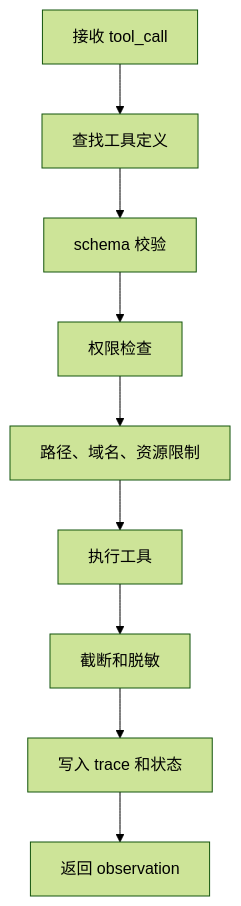
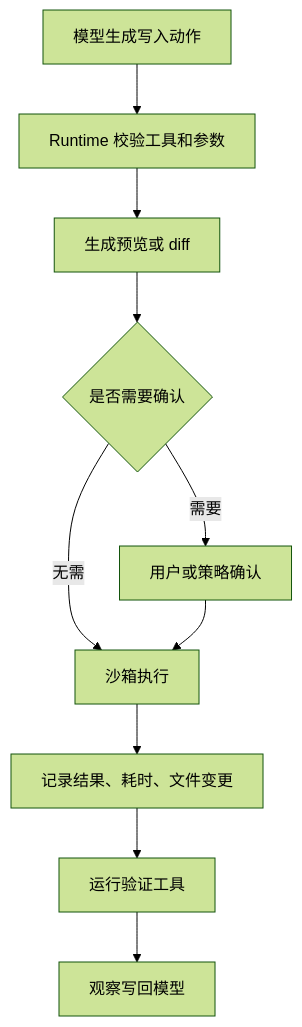
One commit to Doge2077/liyyro changed the second of 2 diagrams in docs/AI/Agent/Agent工具调用/工具封装与Runtime执行.md. Above: the diagram before and after it, drawn with Mermaid (forest theme). The commit also changed other lines of this file and 27 other files, not shown here.

````diff
--- a/docs/AI/Agent/Agent工具调用/工具封装与Runtime执行.md
+++ b/docs/AI/Agent/Agent工具调用/工具封装与Runtime执行.md
@@ -32,11 +115,12 @@
 ```mermaid
 flowchart TD
-  A["接收 tool_call"] --> B["查找工具定义"]
-  B --> C["schema 校验"]
-  C --> D["权限检查"]
-  D --> E["路径、域名、资源限制"]
-  E --> F["执行工具"]
-  F --> G["截断和脱敏"]
-  G --> H["写入 trace 和状态"]
-  H --> I["返回 observation"]
+  A["模型生成写入动作"] --> B["Runtime 校验工具和参数"]
+  B --> C["生成预览或 diff"]
+  C --> D{"是否需要确认"}
+  D -->|"需要"| E["用户或策略确认"]
+  D -->|"无需"| F["沙箱执行"]
+  E --> F
+  F --> G["记录结果、耗时、文件变更"]
+  G --> H["运行验证工具"]
+  H --> I["观察写回模型"]
 ```
````
